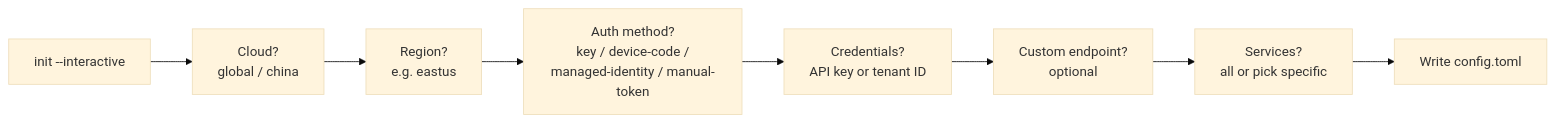
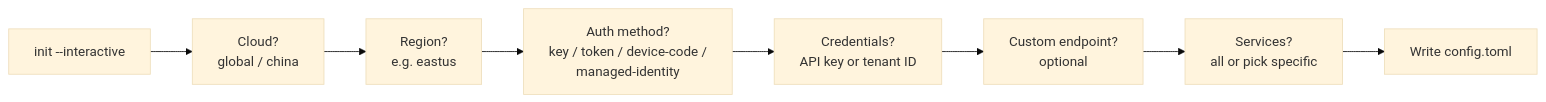
The second of 4 diagrams in USAGE.md (enu235/azure-aitoolsconnect), drawn with Mermaid (base theme) before and after one commit. The commit also changed other lines of this file and 8 other files, not shown here.

First line of the commit message:
feat: rename token auth semantics

````diff
--- a/USAGE.md
+++ b/USAGE.md
@@ -306,10 +306,10 @@
 ```mermaid
 flowchart LR
     Start[init --interactive] --> Cloud[Cloud?<br/>global / china]
     Cloud --> Region[Region?<br/>e.g. eastus]
-    Region --> Auth[Auth method?<br/>key / device-code /<br/>managed-identity / manual-token]
+    Region --> Auth[Auth method?<br/>key / token / device-code /<br/>managed-identity]
     Auth --> Creds[Credentials?<br/>API key or tenant ID]
     Creds --> Endpoint[Custom endpoint?<br/>optional]
     Endpoint --> Services[Services?<br/>all or pick specific]
     Services --> File[Write config.toml]
 ```
````
